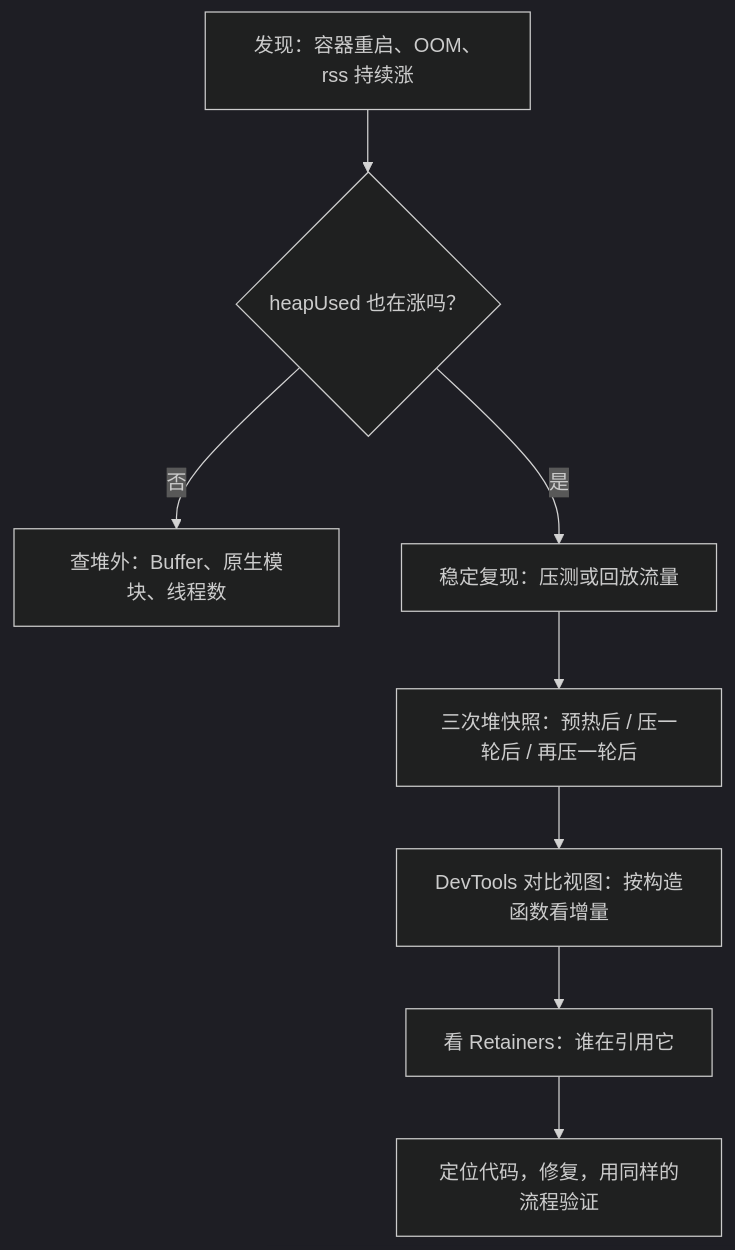
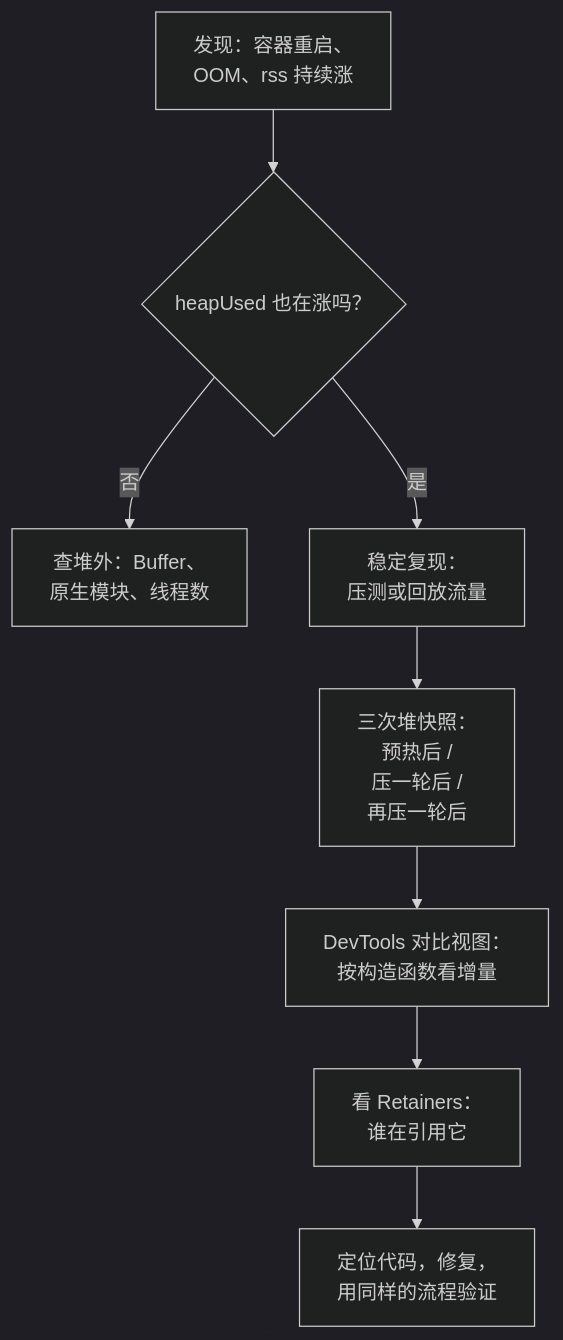
The third of 3 diagrams in books/ts-node-advanced/06-memory-gc-leaks.md (jarvis-pro/hatch-shelf), drawn with Mermaid (dark theme) before and after one commit. The commit also changed other lines of this file and 432 other files, not shown here.

````diff
--- a/books/ts-node-advanced/06-memory-gc-leaks.md
+++ b/books/ts-node-advanced/06-memory-gc-leaks.md
@@ -184,10 +184,10 @@
 ```mermaid
 flowchart TD
-  A["发现：容器重启、OOM、rss 持续涨"] --> B{"heapUsed 也在涨吗？"}
-  B -->|"否"| C["查堆外：Buffer、原生模块、线程数"]
-  B -->|"是"| D["稳定复现：压测或回放流量"]
-  D --> E["三次堆快照：预热后 / 压一轮后 / 再压一轮后"]
-  E --> F["DevTools 对比视图：按构造函数看增量"]
-  F --> G["看 Retainers：谁在引用它"]
-  G --> H["定位代码，修复，用同样的流程验证"]
+  A["发现：容器重启、<br/>OOM、rss 持续涨"] --> B{"heapUsed 也在涨吗？"}
+  B -->|"否"| C["查堆外：Buffer、<br/>原生模块、线程数"]
+  B -->|"是"| D["稳定复现：<br/>压测或回放流量"]
+  D --> E["三次堆快照：<br/>预热后 /<br/>压一轮后 /<br/>再压一轮后"]
+  E --> F["DevTools 对比视图：<br/>按构造函数看增量"]
+  F --> G["看 Retainers：<br/>谁在引用它"]
+  G --> H["定位代码，修复，<br/>用同样的流程验证"]
 ```
````
